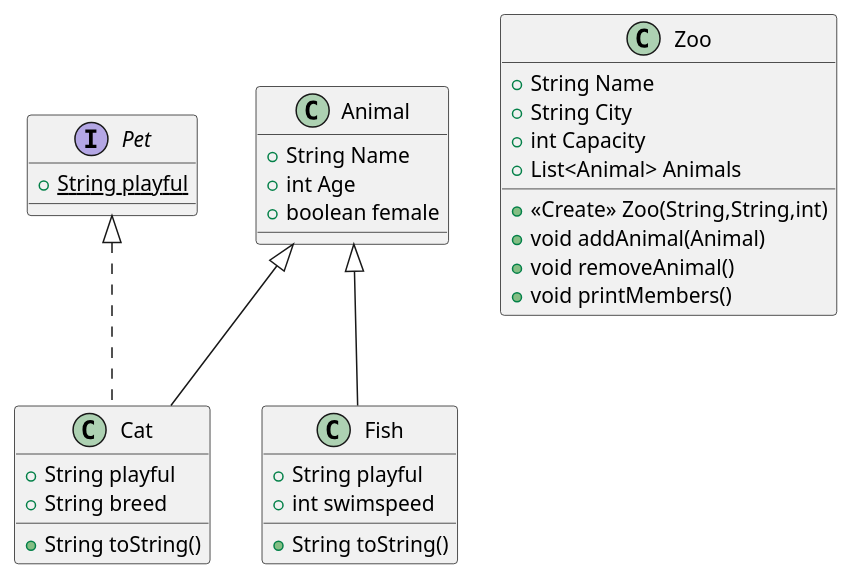
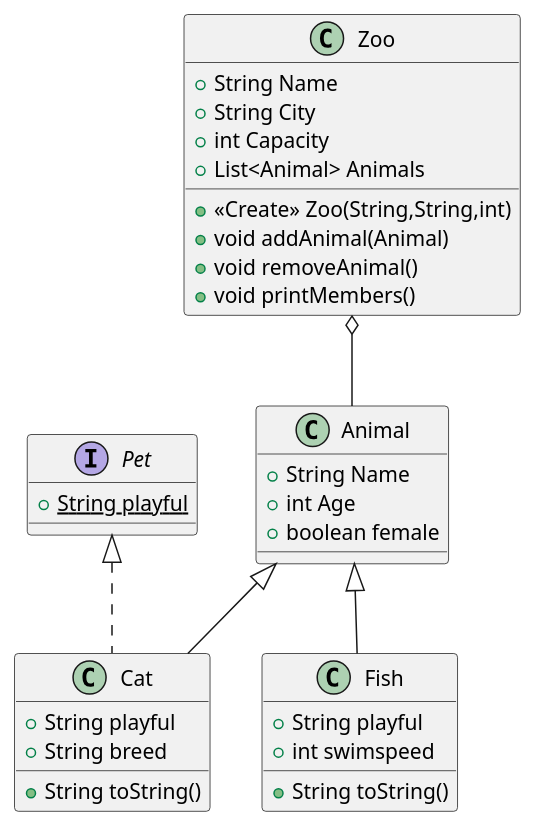
Before and after one commit to lguardias-sys/ED_UD5: the diagram in src/Animal_mascota.puml, drawn with PlantUML.

Commit message:
Diagrama, se añade relación de agregación

```diff
--- a/src/Animal_mascota.puml
+++ b/src/Animal_mascota.puml
@@ -1,43 +1,42 @@
 @startuml
 class Cat {
 + String playful
 + String breed
 + String toString()
 }
 
 
 interface Pet {
 + {static} String playful
 }
 
 class Fish {
 + String playful
 + int swimspeed
 + String toString()
 }
 
 
 class Zoo {
 + String Name
 + String City
 + int Capacity
 + List<Animal> Animals
 + <<Create>> Zoo(String,String,int)
 + void addAnimal(Animal)
 + void removeAnimal()
 + void printMembers()
 }
 
 
 class Animal {
 + String Name
 + int Age
 + boolean female
 }
 
-
-
 Pet <|.. Cat
 Animal <|-- Cat
 Animal <|-- Fish
+Zoo o-- Animal
 @enduml
```
